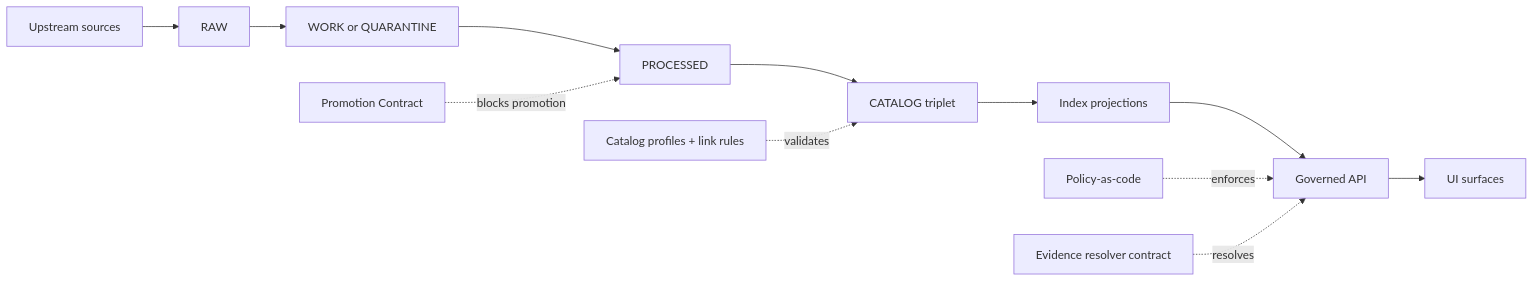
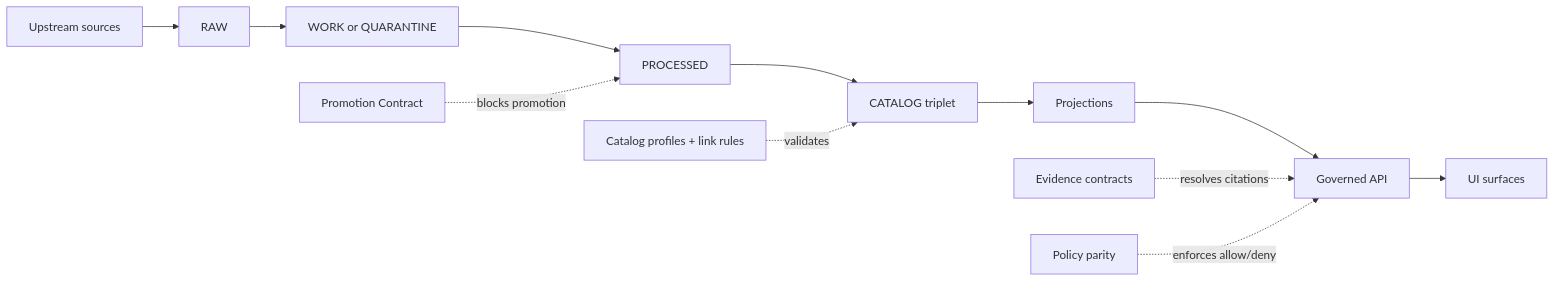
Before and after one commit to bartytime4life/Kansas-Frontier-Matrix: the diagram in contracts/README.md, drawn with Mermaid. The commit also changed other lines of this file, not shown here.

First line of the commit message:
Upgrade README for contracts to version 2

````diff
--- a/contracts/README.md
+++ b/contracts/README.md
@@ -162,15 +189,15 @@
 ```mermaid
 flowchart LR
-  S[Upstream sources] --> R[RAW]
-  R --> W[WORK or QUARANTINE]
-  W --> P[PROCESSED]
-  P --> C[CATALOG triplet]
-  C --> I[Index projections]
-  I --> A[Governed API]
-  A --> U[UI surfaces]
+  S[Upstream sources] --> RAW[RAW]
+  RAW --> WORK[WORK or QUARANTINE]
+  WORK --> PROC[PROCESSED]
+  PROC --> CAT[CATALOG triplet]
+  CAT --> PROJ[Projections]
+  PROJ --> API[Governed API]
+  API --> UI[UI surfaces]
 
-  PC[Promotion Contract] -. blocks promotion .-> P
-  CP[Catalog profiles + link rules] -. validates .-> C
-  PO[Policy-as-code] -. enforces .-> A
-  ER[Evidence resolver contract] -. resolves .-> A
+  PC[Promotion Contract] -. blocks promotion .-> PROC
+  CP[Catalog profiles + link rules] -. validates .-> CAT
+  ER[Evidence contracts] -. resolves citations .-> API
+  PO[Policy parity] -. enforces allow/deny .-> API
 ```
````
